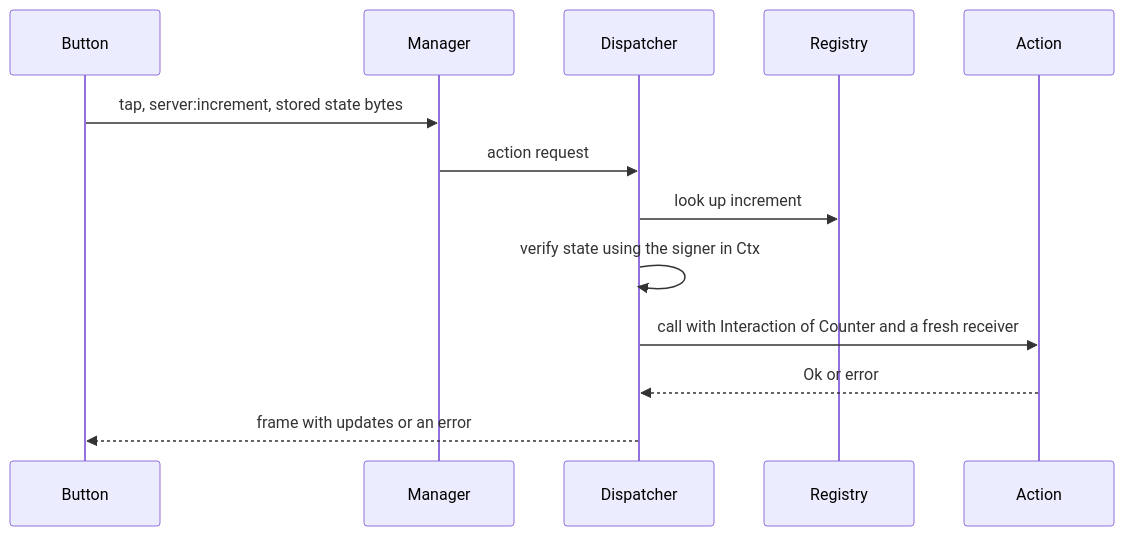
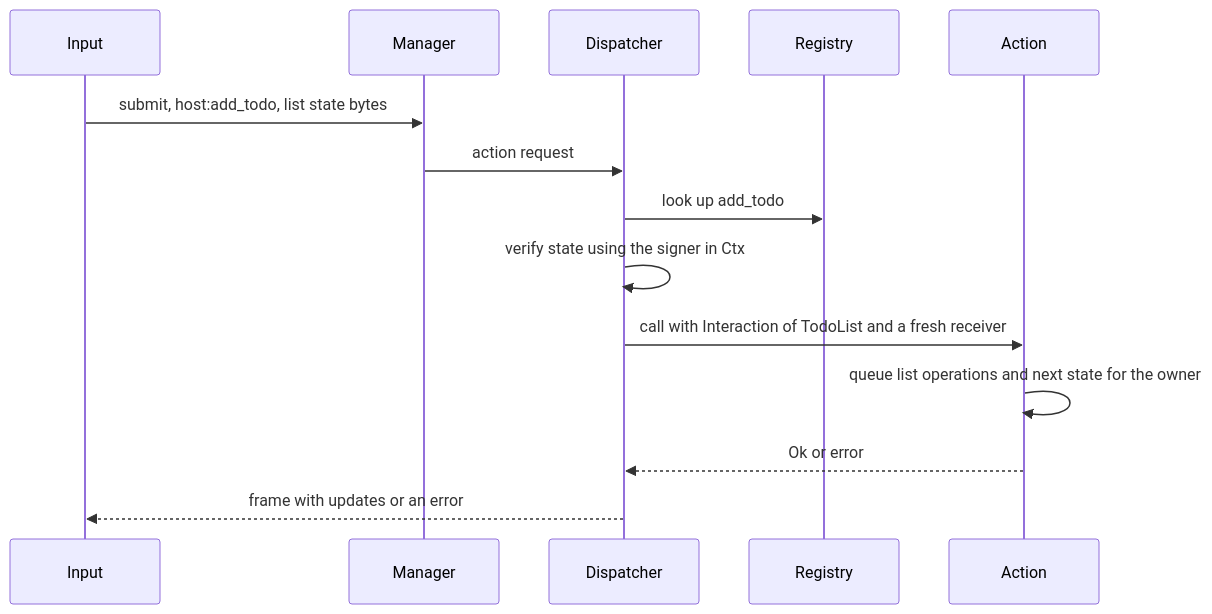
Before and after one commit to ewe-studios/ewe_platform: the diagram in specifications/69-foundation-ui-v2/features/05-action-runtime/feature.md, drawn with Mermaid. The commit also changed other lines of this file and 3 other files, not shown here.

Commit message:
Show the todo action rendering a list and attaching its next state

````diff
--- a/specifications/69-foundation-ui-v2/features/05-action-runtime/feature.md
+++ b/specifications/69-foundation-ui-v2/features/05-action-runtime/feature.md
@@ -121,15 +136,16 @@
 ```mermaid
 sequenceDiagram
-    participant Button
+    participant Input
     participant Manager
     participant Dispatcher
     participant Registry
     participant Action
-    Button->>Manager: tap, server:increment, stored state bytes
+    Input->>Manager: submit, host:add_todo, list state bytes
     Manager->>Dispatcher: action request
-    Dispatcher->>Registry: look up increment
+    Dispatcher->>Registry: look up add_todo
     Dispatcher->>Dispatcher: verify state using the signer in Ctx
-    Dispatcher->>Action: call with Interaction of Counter and a fresh receiver
+    Dispatcher->>Action: call with Interaction of TodoList and a fresh receiver
+    Action->>Action: queue list operations and next state for the owner
     Action-->>Dispatcher: Ok or error
-    Dispatcher-->>Button: frame with updates or an error
+    Dispatcher-->>Input: frame with updates or an error
 ```
````
